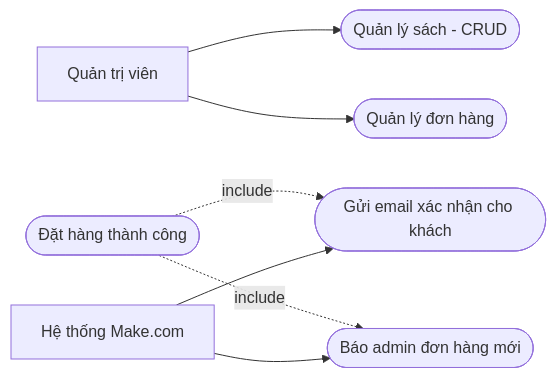
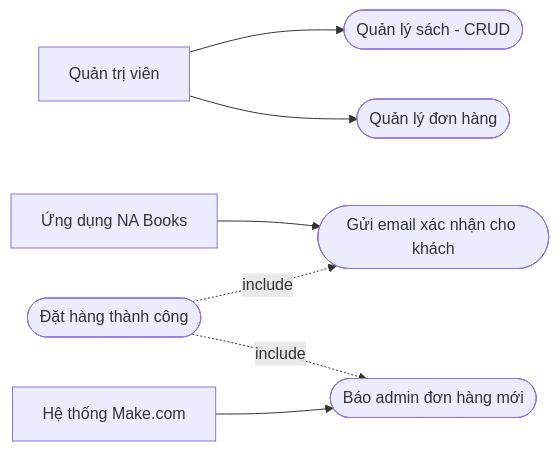
One commit to ducle20052205/book-store-website changed the third of 3 diagrams in docs/SRS.md. Above: the diagram before and after it, drawn with Mermaid. The commit also changed other lines of this file, not shown here.

````diff
--- a/docs/SRS.md
+++ b/docs/SRS.md
@@ -198,18 +208,19 @@
 ```mermaid
 flowchart LR
     ADM[Quản trị viên]
+    APP[Ứng dụng NA Books]
     SYS[Hệ thống Make.com]
     TRIG([Đặt hàng thành công])
 
     UC11([Quản lý sách - CRUD])
     UC12([Quản lý đơn hàng])
     UC13([Gửi email xác nhận cho khách])
     UC14([Báo admin đơn hàng mới])
 
     ADM --> UC11
     ADM --> UC12
     TRIG -.include.-> UC13
     TRIG -.include.-> UC14
-    SYS --> UC13
+    APP --> UC13
     SYS --> UC14
 ```
````
